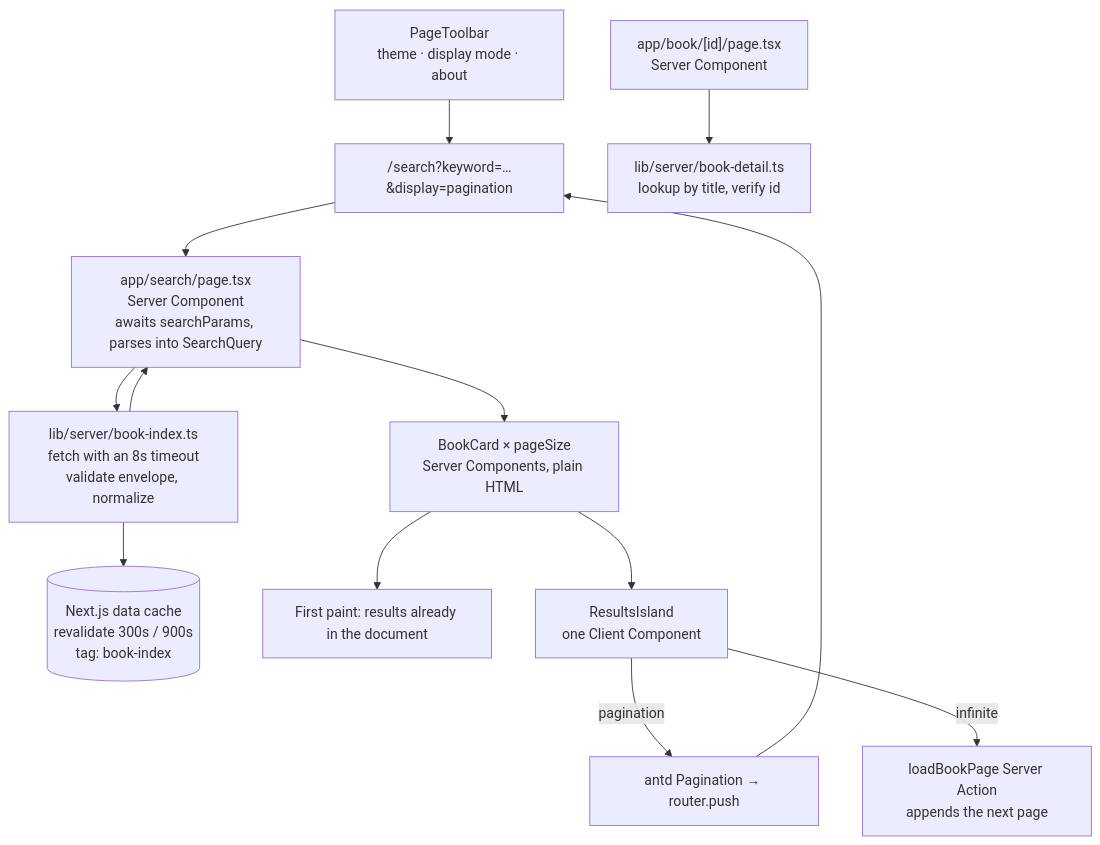
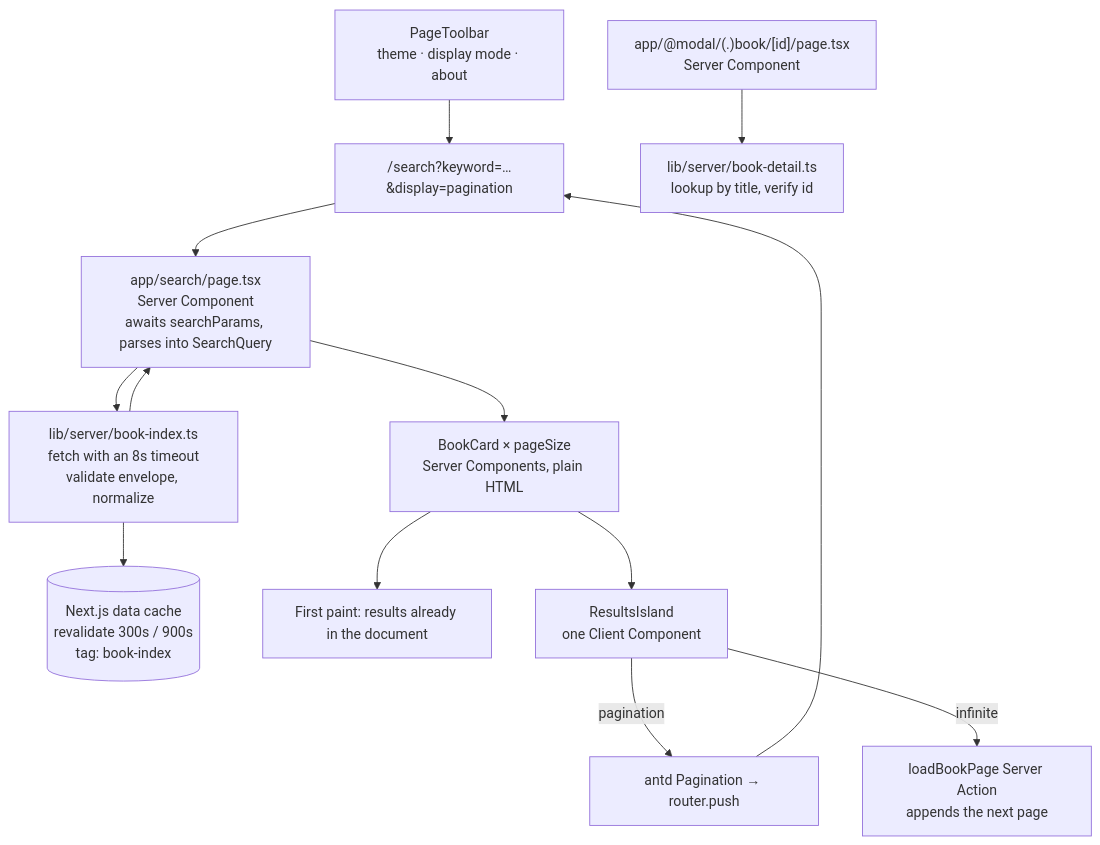
The diagram in docs/refactor-plan.md (WIndki/tsyuri-webui), drawn with Mermaid before and after one commit. The commit also changed other lines of this file and 32 other files, not shown here.

````diff
--- a/docs/refactor-plan.md
+++ b/docs/refactor-plan.md
@@ -44,15 +44,15 @@
 ```mermaid
 flowchart TD
     URL["/search?keyword=…&display=pagination"] --> PAGE["app/search/page.tsx<br/>Server Component<br/>awaits searchParams, parses into SearchQuery"]
     PAGE --> INDEX["lib/server/book-index.ts<br/>fetch with an 8s timeout<br/>validate envelope, normalize"]
     INDEX --> CACHE[("Next.js data cache<br/>revalidate 300s / 900s<br/>tag: book-index")]
     INDEX --> PAGE
     PAGE --> CARDS["BookCard × pageSize<br/>Server Components, plain HTML"]
     CARDS --> HTML["First paint: results already in the document"]
     CARDS --> ISLAND["ResultsIsland<br/>one Client Component"]
     ISLAND -->|pagination| PAGER["antd Pagination → router.push"]
     ISLAND -->|infinite| ACTION["loadBookPage Server Action<br/>appends the next page"]
     PAGER --> URL
     TOOLBAR["PageToolbar<br/>theme · display mode · about"] --> URL
-    DETAIL["app/book/[id]/page.tsx<br/>Server Component"] --> DETAILCACHE["lib/server/book-detail.ts<br/>lookup by title, verify id"]
+    DETAIL["app/@modal/(.)book/[id]/page.tsx<br/>Server Component"] --> DETAILCACHE["lib/server/book-detail.ts<br/>lookup by title, verify id"]
 ```
````
